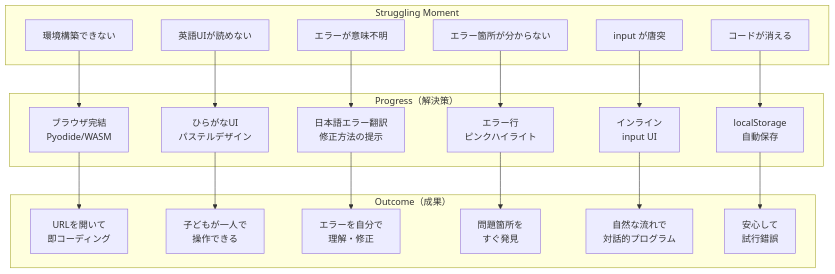
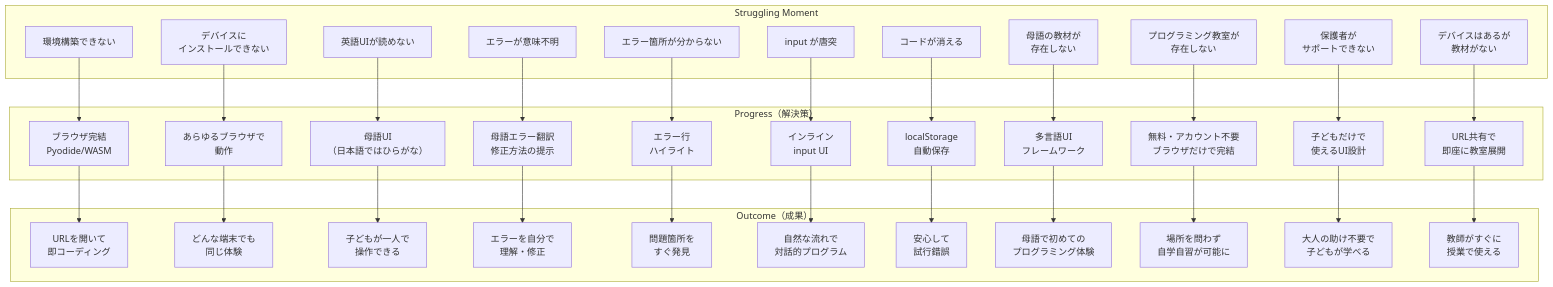
Diagram 14 of 17 in docs/customer-problems.md (tatsuro-ueda/kids-python), drawn with Mermaid before and after one commit. The commit also changed other lines of this file and 1 other file, not shown here.

````diff
--- a/docs/customer-problems.md
+++ b/docs/customer-problems.md
@@ -296,36 +357,56 @@
 ```mermaid
 flowchart TD
     subgraph SM["Struggling Moment"]
         SM1["環境構築できない"]
-        SM2["英語UIが読めない"]
-        SM3["エラーが意味不明"]
-        SM4["エラー箇所が分からない"]
-        SM5["input が唐突"]
-        SM6["コードが消える"]
+        SM2["デバイスに<br/>インストールできない"]
+        SM3["英語UIが読めない"]
+        SM4["エラーが意味不明"]
+        SM5["エラー箇所が分からない"]
+        SM6["input が唐突"]
+        SM7["コードが消える"]
+        SM8["母語の教材が<br/>存在しない"]
+        SM9["プログラミング教室が<br/>存在しない"]
+        SM10["保護者が<br/>サポートできない"]
+        SM11["デバイスはあるが<br/>教材がない"]
     end
 
     subgraph SOL["Progress（解決策）"]
         P1["ブラウザ完結<br/>Pyodide/WASM"]
-        P2["ひらがなUI<br/>パステルデザイン"]
-        P3["日本語エラー翻訳<br/>修正方法の提示"]
-        P4["エラー行<br/>ピンクハイライト"]
-        P5["インライン<br/>input UI"]
-        P6["localStorage<br/>自動保存"]
+        P2["あらゆるブラウザで<br/>動作"]
+        P3["母語UI<br/>（日本語ではひらがな）"]
+        P4["母語エラー翻訳<br/>修正方法の提示"]
+        P5["エラー行<br/>ハイライト"]
+        P6["インライン<br/>input UI"]
+        P7["localStorage<br/>自動保存"]
+        P8["多言語UI<br/>フレームワーク"]
+        P9["無料・アカウント不要<br/>ブラウザだけで完結"]
+        P10["子どもだけで<br/>使えるUI設計"]
+        P11["URL共有で<br/>即座に教室展開"]
     end
 
     subgraph OUT["Outcome（成果）"]
         O1["URLを開いて<br/>即コーディング"]
-        O2["子どもが一人で<br/>操作できる"]
-        O3["エラーを自分で<br/>理解・修正"]
-        O4["問題箇所を<br/>すぐ発見"]
-        O5["自然な流れで<br/>対話的プログラム"]
-        O6["安心して<br/>試行錯誤"]
+        O2["どんな端末でも<br/>同じ体験"]
+        O3["子どもが一人で<br/>操作できる"]
+        O4["エラーを自分で<br/>理解・修正"]
+        O5["問題箇所を<br/>すぐ発見"]
+        O6["自然な流れで<br/>対話的プログラム"]
+        O7["安心して<br/>試行錯誤"]
+        O8["母語で初めての<br/>プログラミング体験"]
+        O9["場所を問わず<br/>自学自習が可能に"]
+        O10["大人の助け不要で<br/>子どもが学べる"]
+        O11["教師がすぐに<br/>授業で使える"]
     end
 
     SM1 --> P1 --> O1
     SM2 --> P2 --> O2
     SM3 --> P3 --> O3
     SM4 --> P4 --> O4
     SM5 --> P5 --> O5
     SM6 --> P6 --> O6
+    SM7 --> P7 --> O7
+    SM8 --> P8 --> O8
+    SM9 --> P9 --> O9
+    SM10 --> P10 --> O10
+    SM11 --> P11 --> O11
 ```
````
